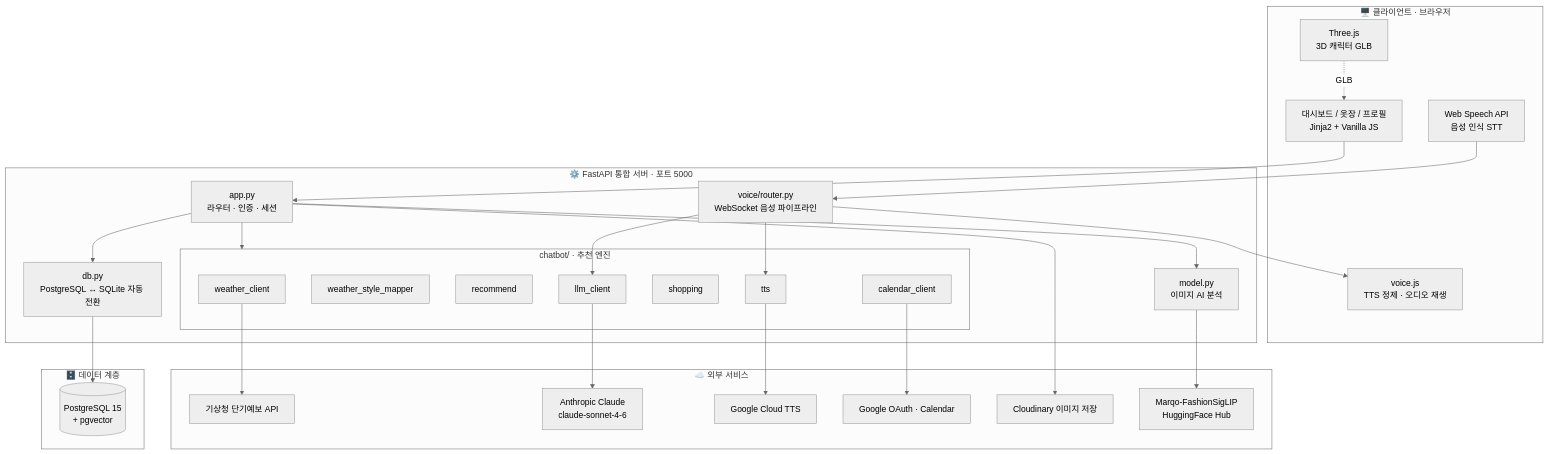
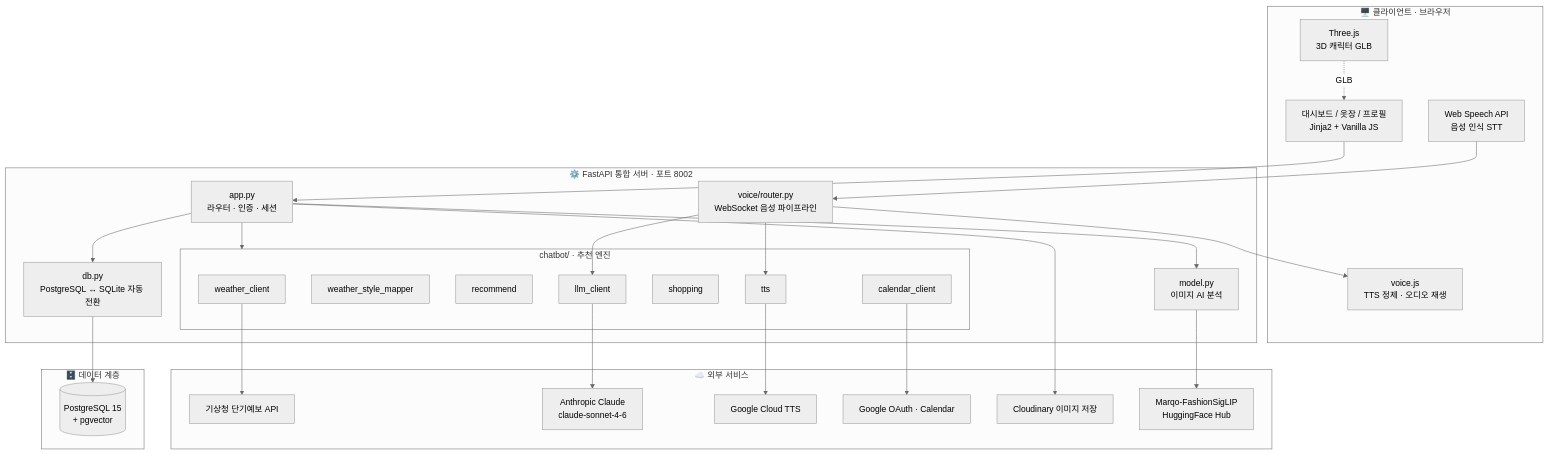
The first of 4 diagrams in README.md (oliviajain4-dev/CW), drawn with Mermaid (neutral theme) before and after one commit. The commit also changed other lines of this file and 6 other files, not shown here.

````diff
--- a/README.md
+++ b/README.md
@@ -178,55 +178,55 @@
 ```mermaid
 flowchart TB
     subgraph Client["🖥️ 클라이언트 · 브라우저"]
         UI["대시보드 / 옷장 / 프로필<br/>Jinja2 + Vanilla JS"]
         STT["Web Speech API<br/>음성 인식 STT"]
         VJS["voice.js<br/>TTS 정제 · 오디오 재생"]
         THREE["Three.js<br/>3D 캐릭터 GLB"]
     end
 
-    subgraph Server["⚙️ FastAPI 통합 서버 · 포트 5000"]
+    subgraph Server["⚙️ FastAPI 통합 서버 · 포트 8002"]
         APP["app.py<br/>라우터 · 인증 · 세션"]
         VR["voice/router.py<br/>WebSocket 음성 파이프라인"]
         MODEL["model.py<br/>이미지 AI 분석"]
         DBPY["db.py<br/>PostgreSQL ↔ SQLite 자동 전환"]
         subgraph CB["chatbot/ · 추천 엔진"]
             WC["weather_client"]
             WSM["weather_style_mapper"]
             REC["recommend"]
             LLM["llm_client"]
             SHOP["shopping"]
             TTS["tts"]
             CAL["calendar_client"]
         end
     end
 
     subgraph Ext["☁️ 외부 서비스"]
         KMA["기상청 단기예보 API"]
         CLA["Anthropic Claude<br/>claude-sonnet-4-6"]
         GTTS["Google Cloud TTS"]
         GOAUTH["Google OAuth · Calendar"]
         CDN["Cloudinary 이미지 저장"]
         HF["Marqo-FashionSigLIP<br/>HuggingFace Hub"]
     end
 
     subgraph DataLayer["🗄️ 데이터 계층"]
         PG[("PostgreSQL 15<br/>+ pgvector")]
     end
 
     UI --> APP
     THREE -.GLB.-> UI
     STT --> VR
     VR --> VJS
     APP --> CB
     APP --> MODEL
     APP --> DBPY
     VR --> LLM
     VR --> TTS
     WC --> KMA
     LLM --> CLA
     TTS --> GTTS
     CAL --> GOAUTH
     APP --> CDN
     MODEL --> HF
     DBPY --> PG
 ```
````
